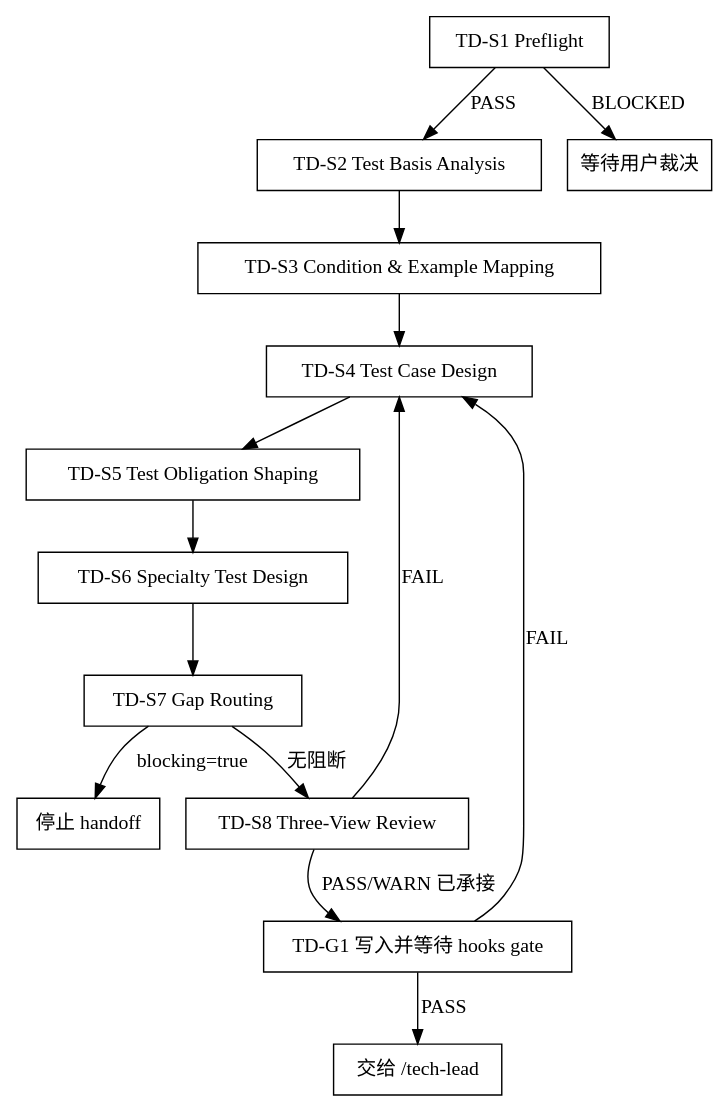
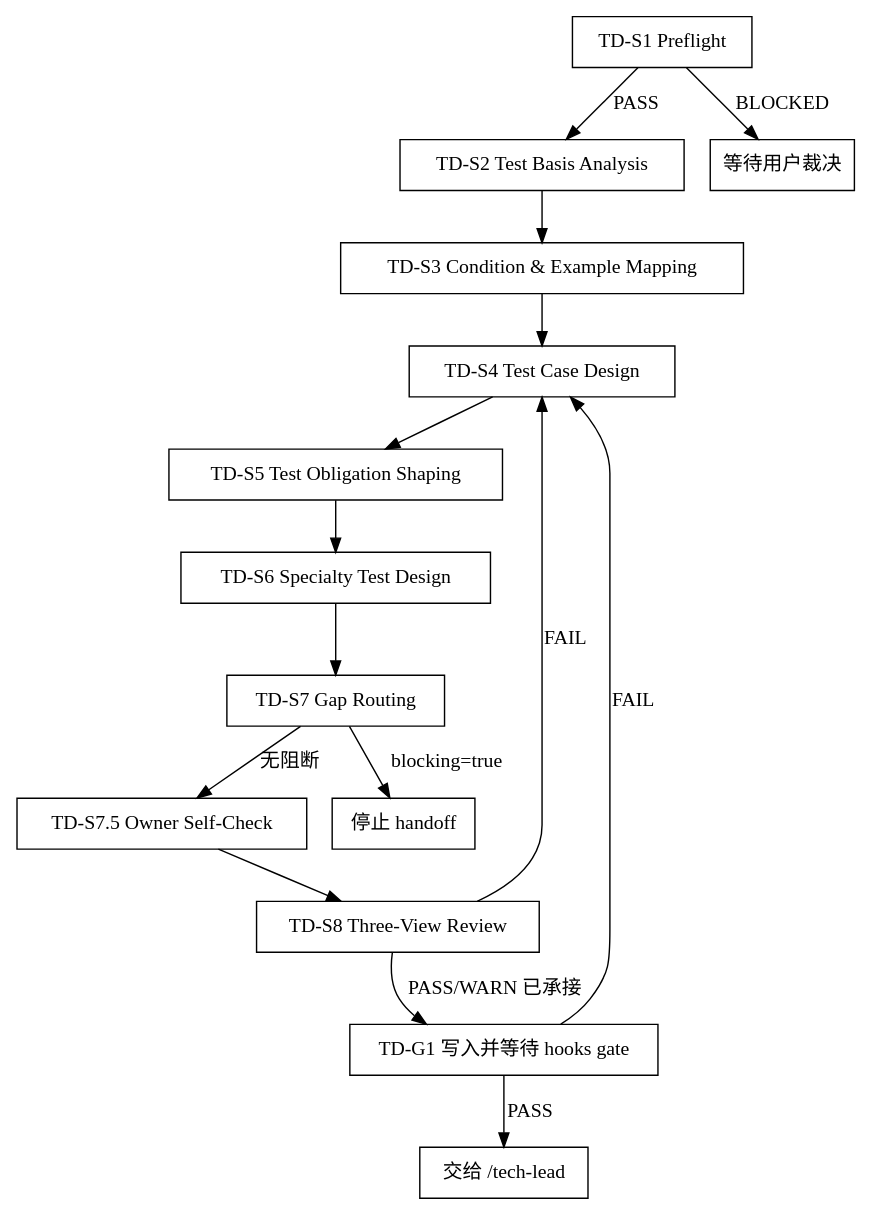
The diagram in shared/skills/test-design/SKILL.md (jieli-cqwl/org-claude-skills), drawn with Graphviz before and after one commit. The commit also changed other lines of this file and 88 other files, not shown here.

````diff
--- a/shared/skills/test-design/SKILL.md
+++ b/shared/skills/test-design/SKILL.md
@@ -47,19 +47,20 @@
 ```dot
 digraph test_design_flow {
   rankdir=TB;
   node [shape=box];
   "TD-S1 Preflight" -> "TD-S2 Test Basis Analysis" [label="PASS"];
   "TD-S2 Test Basis Analysis" -> "TD-S3 Condition & Example Mapping";
   "TD-S3 Condition & Example Mapping" -> "TD-S4 Test Case Design";
   "TD-S4 Test Case Design" -> "TD-S5 Test Obligation Shaping";
   "TD-S5 Test Obligation Shaping" -> "TD-S6 Specialty Test Design";
   "TD-S6 Specialty Test Design" -> "TD-S7 Gap Routing";
-  "TD-S7 Gap Routing" -> "TD-S8 Three-View Review" [label="无阻断"];
+  "TD-S7 Gap Routing" -> "TD-S7.5 Owner Self-Check" [label="无阻断"];
+  "TD-S7.5 Owner Self-Check" -> "TD-S8 Three-View Review";
   "TD-S8 Three-View Review" -> "TD-G1 写入并等待 hooks gate" [label="PASS/WARN 已承接"];
   "TD-G1 写入并等待 hooks gate" -> "交给 /tech-lead" [label="PASS"];
   "TD-S1 Preflight" -> "等待用户裁决" [label="BLOCKED"];
   "TD-S7 Gap Routing" -> "停止 handoff" [label="blocking=true"];
   "TD-S8 Three-View Review" -> "TD-S4 Test Case Design" [label="FAIL"];
   "TD-G1 写入并等待 hooks gate" -> "TD-S4 Test Case Design" [label="FAIL"];
 }
 ```
````
